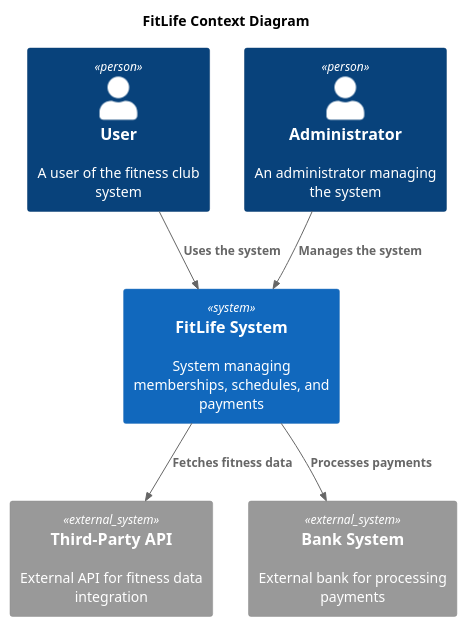
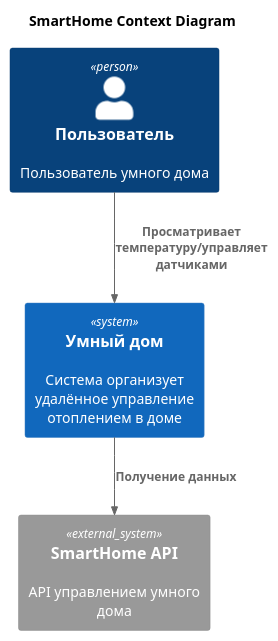
The diagram in diagrams/context/Context.puml (PuryginKE/architecture-warmhouse), drawn with PlantUML before and after one commit. The commit also changed 12 other files, not shown here.

```diff
--- a/diagrams/context/Context.puml
+++ b/diagrams/context/Context.puml
@@ -1,20 +1,16 @@
 @startuml
-title FitLife Context Diagram
+title SmartHome Context Diagram
 
 top to bottom direction
 
 !includeurl https://raw.githubusercontent.com/RicardoNiepel/C4-PlantUML/master/C4_Component.puml
 
-Person(user, "User", "A user of the fitness club system")
-Person(admin, "Administrator", "An administrator managing the system")
-System(FitLifeSystem, "FitLife System", "System managing memberships, schedules, and payments")
+Person(user, "Пользователь", "Пользователь умного дома")
+System(SmartHomeSystem, "Умный дом", "Система организует удалённое управление отоплением в доме")
 
-System_Ext(api, "Third-Party API", "External API for fitness data integration")
-System_Ext(bank, "Bank System", "External bank for processing payments")
+System_Ext(api, "SmartHome API", "API управлением умного дома")
 
-Rel(user, FitLifeSystem, "Uses the system")
-Rel(admin,FitLifeSystem,"Manages the system")
-Rel(FitLifeSystem,api,"Fetches fitness data")
-Rel(FitLifeSystem,bank,"Processes payments")
+Rel(user, SmartHomeSystem, "Просматривает температуру/управляет датчиками")
+Rel(SmartHomeSystem,api,"Получение данных")
 
 @enduml
```
